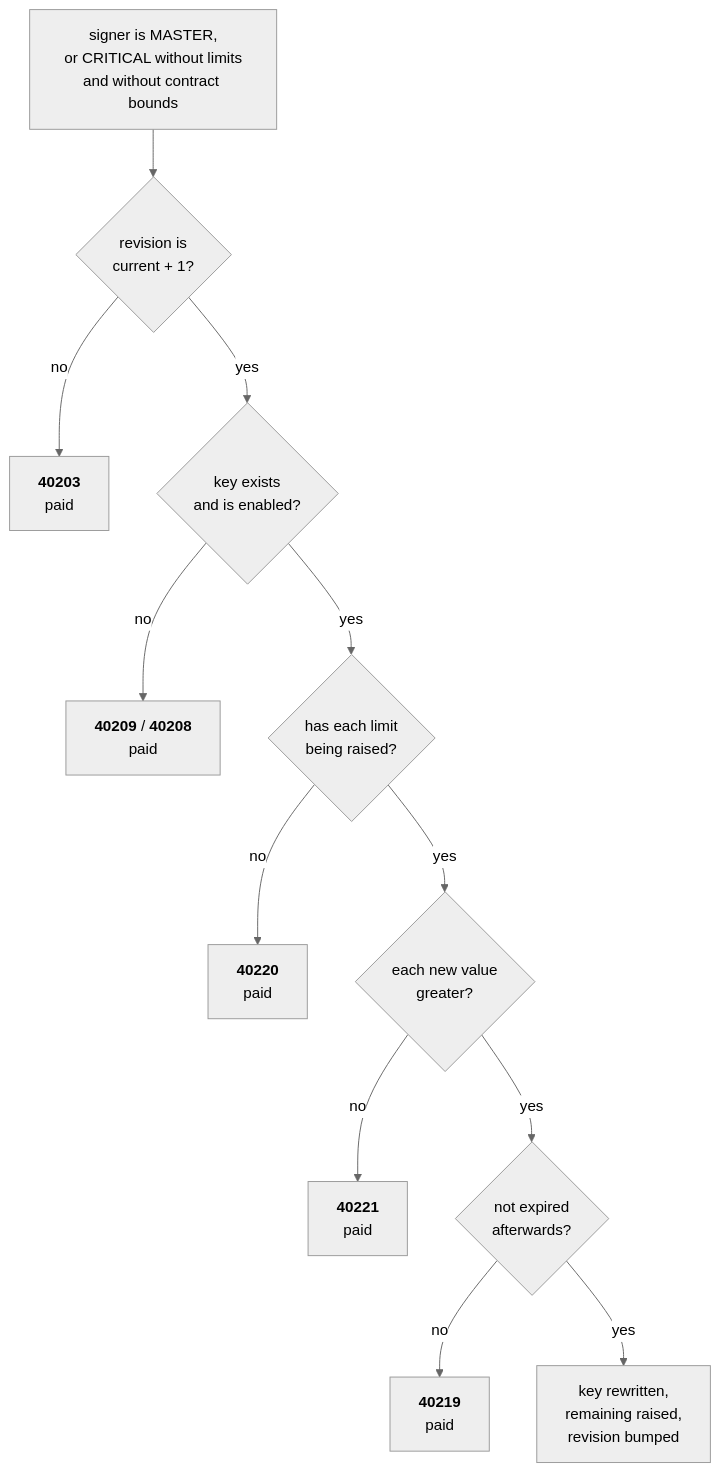
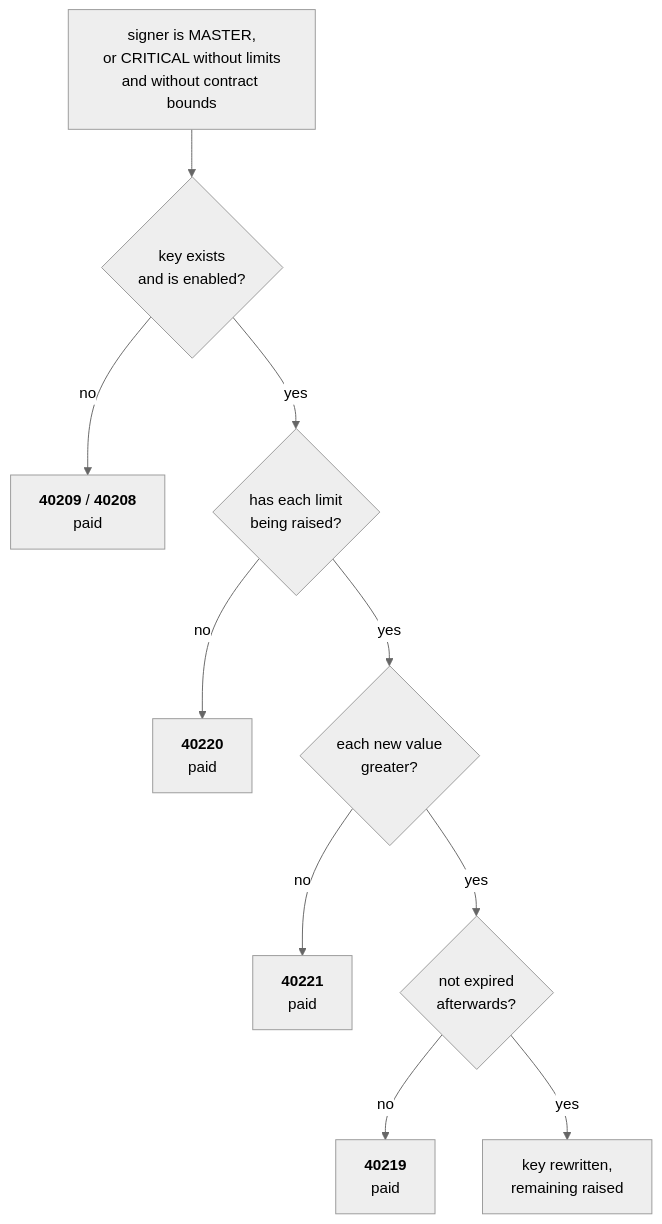
One commit to dashpay/platform changed the fourth of 9 diagrams in book/src/data-model/key-limits.md. Above: the diagram before and after it, drawn with Mermaid (neutral theme). The commit also changed other lines of this file and 27 other files, not shown here.

First line of the commit message:
feat(platform)!: drop the identity revision from the key limits update

````diff
--- a/book/src/data-model/key-limits.md
+++ b/book/src/data-model/key-limits.md
@@ -201,14 +200,12 @@
 ```mermaid
 flowchart TD
-    S["signer is MASTER,<br/>or CRITICAL without limits<br/>and without contract bounds"] --> R{"revision is<br/>current + 1?"}
-    R -->|no| E1["<b>40203</b><br/>paid"]
-    R -->|yes| K{"key exists<br/>and is enabled?"}
+    S["signer is MASTER,<br/>or CRITICAL without limits<br/>and without contract bounds"] --> K{"key exists<br/>and is enabled?"}
     K -->|no| E2["<b>40209</b> / <b>40208</b><br/>paid"]
     K -->|yes| L{"has each limit<br/>being raised?"}
     L -->|no| E3["<b>40220</b><br/>paid"]
     L -->|yes| G{"each new value<br/>greater?"}
     G -->|no| E4["<b>40221</b><br/>paid"]
     G -->|yes| X{"not expired<br/>afterwards?"}
     X -->|no| E5["<b>40219</b><br/>paid"]
-    X -->|yes| OK["key rewritten,<br/>remaining raised,<br/>revision bumped"]
+    X -->|yes| OK["key rewritten,<br/>remaining raised"]
 ```
````
